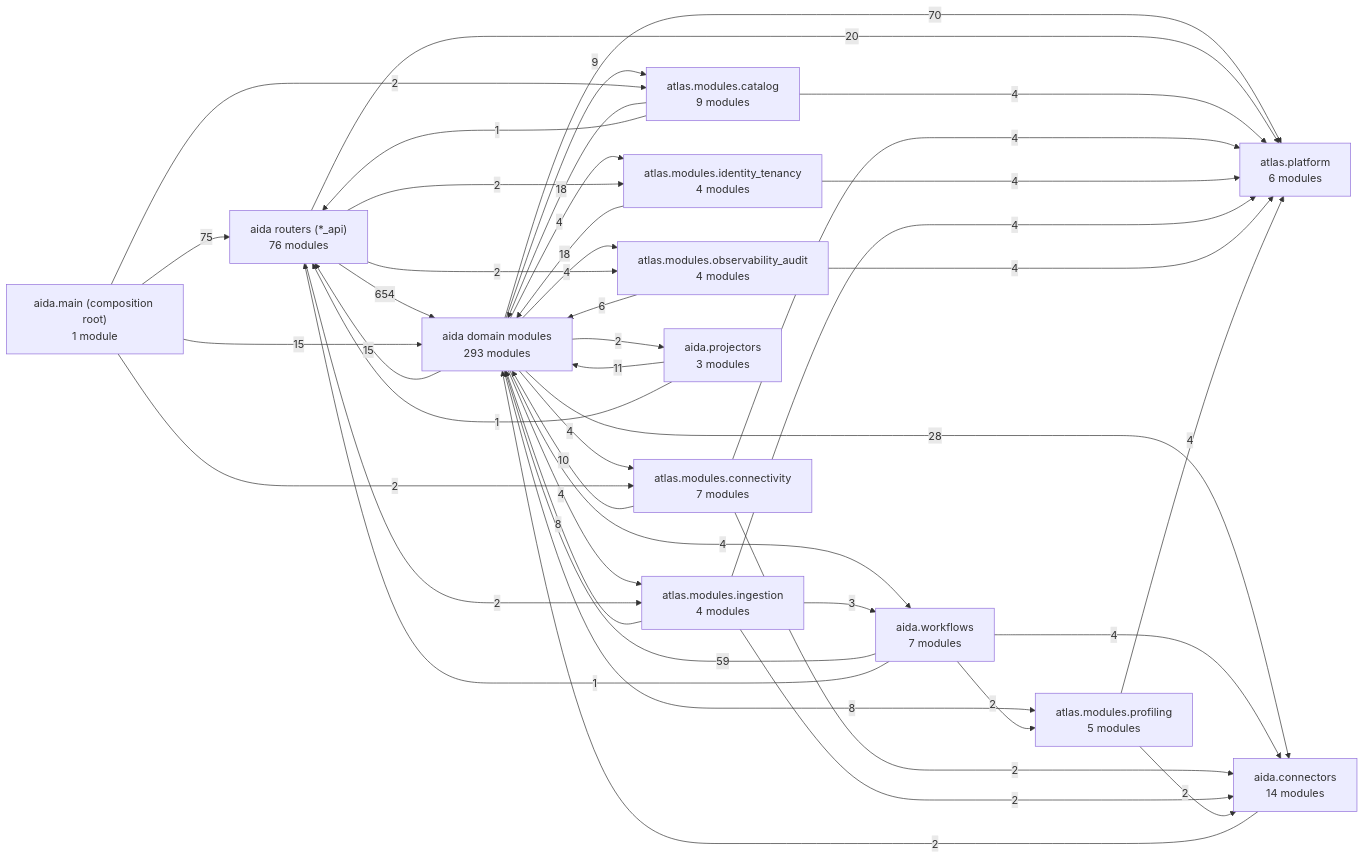
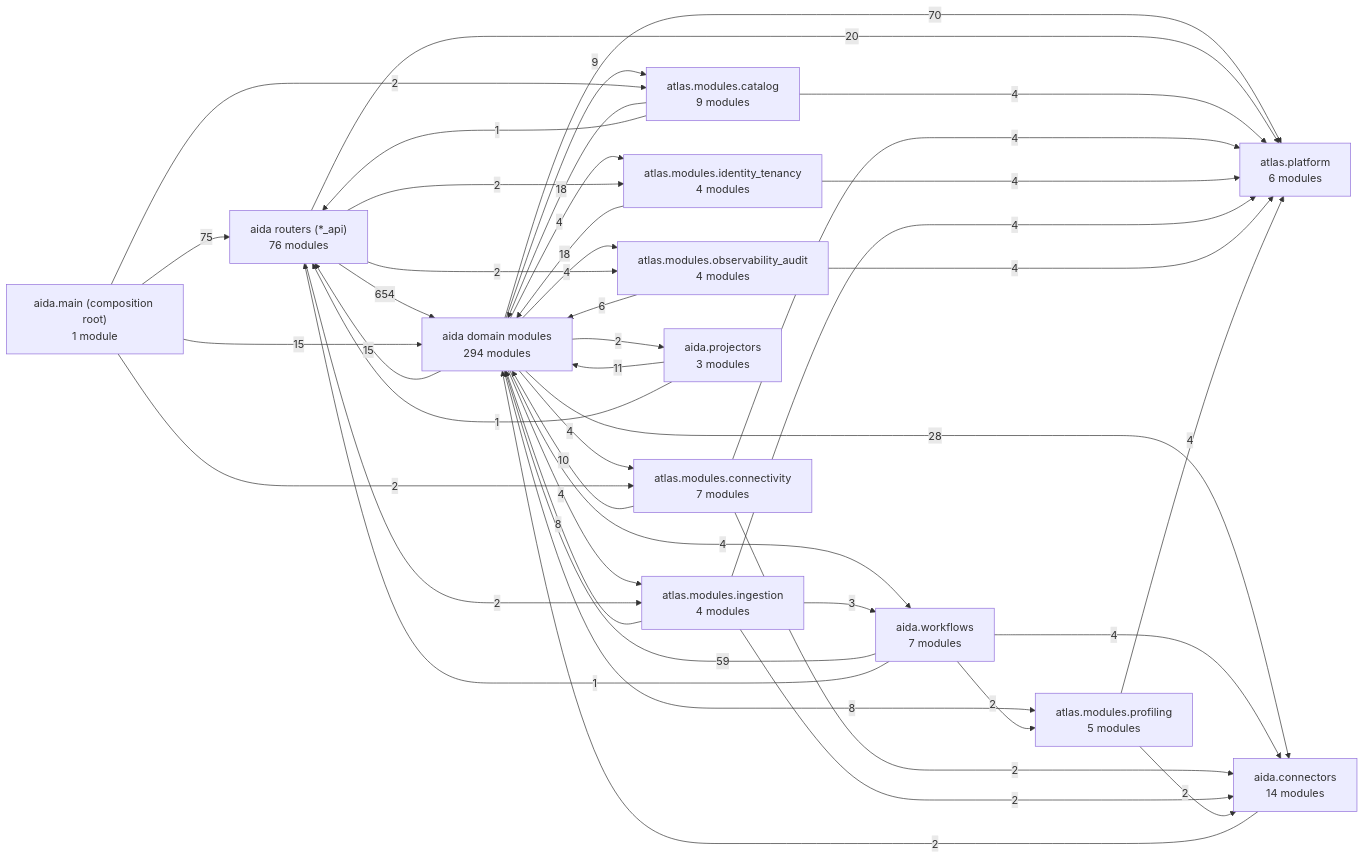
One commit to karuppusamym/AIDataAnalyst changed the first of 3 diagrams in Docs/10-architecture/14-generated-architecture-map.md. Above: the diagram before and after it, drawn with Mermaid. The commit also changed other lines of this file and 12 other files, not shown here.

````diff
--- a/Docs/10-architecture/14-generated-architecture-map.md
+++ b/Docs/10-architecture/14-generated-architecture-map.md
@@ -48,59 +48,59 @@
 ```mermaid
 graph LR
   app["aida.main (composition root)<br/>1 module"]
   routers["aida routers (*_api)<br/>76 modules"]
-  domain["aida domain modules<br/>293 modules"]
+  domain["aida domain modules<br/>294 modules"]
   ctx_catalog["atlas.modules.catalog<br/>9 modules"]
   ctx_connectivity["atlas.modules.connectivity<br/>7 modules"]
   ctx_identity_tenancy["atlas.modules.identity_tenancy<br/>4 modules"]
   ctx_ingestion["atlas.modules.ingestion<br/>4 modules"]
   ctx_observability_audit["atlas.modules.observability_audit<br/>4 modules"]
   ctx_profiling["atlas.modules.profiling<br/>5 modules"]
   connectors["aida.connectors<br/>14 modules"]
   workflows["aida.workflows<br/>7 modules"]
   projectors["aida.projectors<br/>3 modules"]
   platform["atlas.platform<br/>6 modules"]
   routers -->|654| domain
   app -->|75| routers
   domain -->|70| platform
   workflows -->|59| domain
   domain -->|28| connectors
   routers -->|20| platform
   ctx_catalog -->|18| domain
   ctx_identity_tenancy -->|18| domain
   app -->|15| domain
   domain -->|15| routers
   projectors -->|11| domain
   ctx_connectivity -->|10| domain
   domain -->|9| ctx_catalog
   ctx_ingestion -->|8| domain
   domain -->|8| ctx_profiling
   ctx_observability_audit -->|6| domain
   ctx_catalog -->|4| platform
   ctx_connectivity -->|4| platform
   ctx_identity_tenancy -->|4| platform
   ctx_ingestion -->|4| platform
   ctx_observability_audit -->|4| platform
   ctx_profiling -->|4| platform
   domain -->|4| ctx_connectivity
   domain -->|4| ctx_identity_tenancy
   domain -->|4| ctx_ingestion
   domain -->|4| ctx_observability_audit
   domain -->|4| workflows
   workflows -->|4| connectors
   ctx_ingestion -->|3| workflows
   app -->|2| ctx_catalog
   app -->|2| ctx_connectivity
   connectors -->|2| domain
   ctx_connectivity -->|2| connectors
   ctx_ingestion -->|2| connectors
   ctx_profiling -->|2| connectors
   domain -->|2| projectors
   routers -->|2| ctx_identity_tenancy
   routers -->|2| ctx_ingestion
   routers -->|2| ctx_observability_audit
   workflows -->|2| ctx_profiling
   ctx_catalog -->|1| routers
   projectors -->|1| routers
   workflows -->|1| routers
 ```
````
